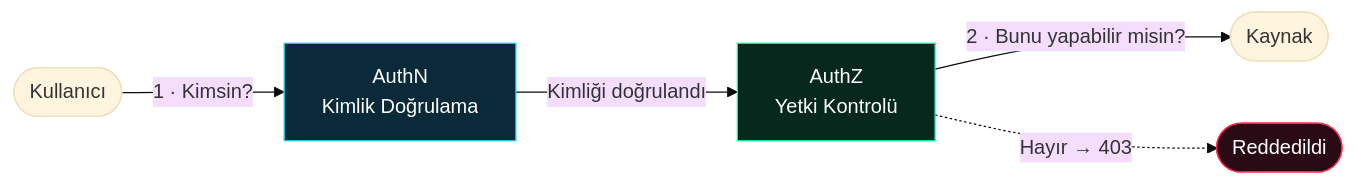
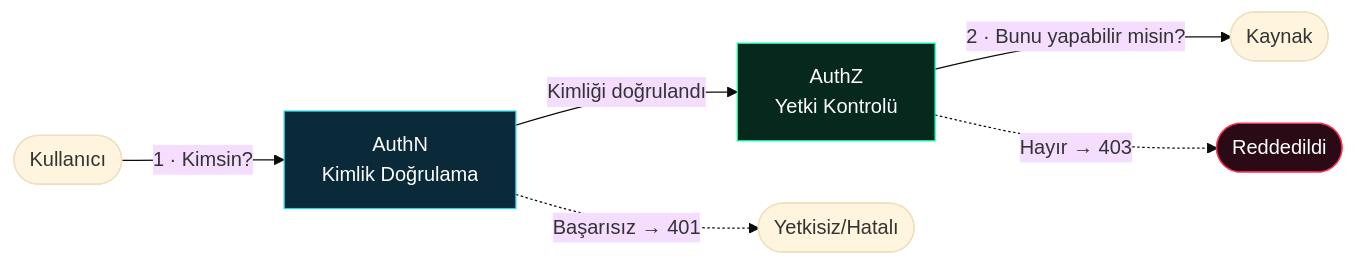
The first of 6 diagrams in slides.md (MYounesDev/auth-presentation), drawn with Mermaid (base theme) before and after one commit. The commit also changed other lines of this file and 2 other files, not shown here.

````diff
--- a/slides.md
+++ b/slides.md
@@ -157,10 +142,11 @@
 ```mermaid {theme:'dark', scale: 0.82}
 flowchart LR
     U([Kullanıcı]) -->|"1 · Kimsin?"| A[AuthN<br/>Kimlik Doğrulama]
     A -->|"Kimliği doğrulandı"| Z[AuthZ<br/>Yetki Kontrolü]
+    A -.->|"Başarısız → 401"| Y([Yetkisiz/Hatalı])
     Z -->|"2 · Bunu yapabilir misin?"| R([Kaynak])
     Z -.->|"Hayır → 403"| X([Reddedildi])
     style A fill:#0a2a3a,stroke:#22d3ee,color:#fff
     style Z fill:#06281d,stroke:#00ff9c,color:#fff
     style X fill:#2a0a14,stroke:#ff2d55,color:#fff
 ```
````
